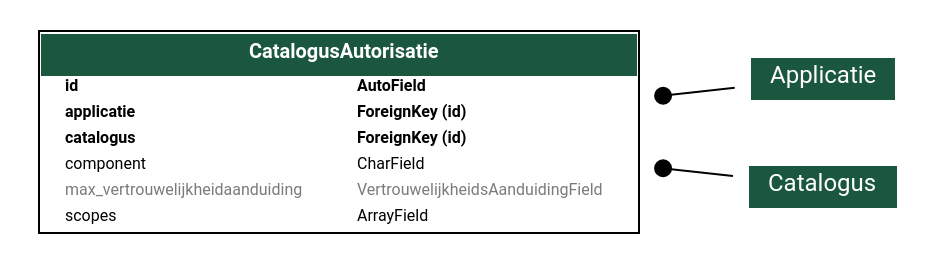
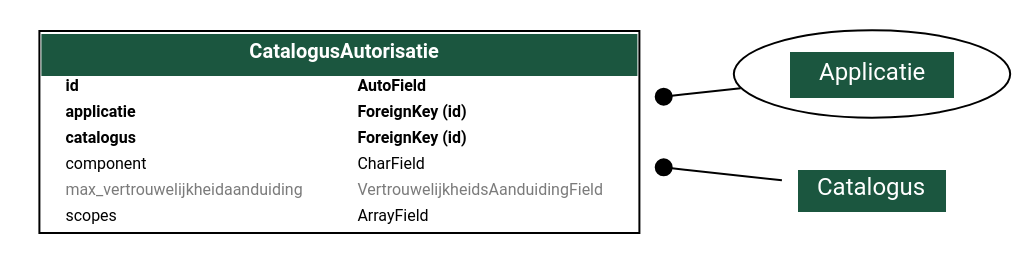
One commit to open-zaak/open-zaak changed the diagram in docs/_static/uml/autorisaties.dot. Above: the diagram before and after it, drawn with Graphviz. The commit also changed other lines of this file and 7 other files, not shown here.

Commit message:
:sparkles:  [maykinmedia/open-api-framework#159] sort dot files

```diff
--- a/docs/_static/uml/autorisaties.dot
+++ b/docs/_static/uml/autorisaties.dot
@@ -1,104 +1,104 @@
 digraph model_graph {
 
 
 
+
+
+  // Relations
+  vng_api_common_authorizations_models_Applicatie [label=<
+  <TABLE BGCOLOR="white" BORDER="0" CELLBORDER="0" CELLSPACING="0">
+  <TR><TD COLSPAN="2" CELLPADDING="4" ALIGN="CENTER" BGCOLOR="#1b563f">
+  <FONT FACE="Roboto" POINT-SIZE="12" COLOR="white">Applicatie</FONT>
+  </TD></TR>
+  </TABLE>
+  >]
   fontname = "Roboto"
   fontsize = 8
   splines  = true
   rankdir = "LR"
 
   node [
     fontname = "Roboto"
     fontsize = 8
     shape = "plaintext"
   ]
 
   edge [
     fontname = "Roboto"
     fontsize = 8
   ]
 
   // Labels
 
 
   openzaak_components_autorisaties_models_CatalogusAutorisatie [label=<
     <TABLE BGCOLOR="white" BORDER="1" CELLBORDER="0" CELLSPACING="0">
     <TR><TD COLSPAN="2" CELLPADDING="5" ALIGN="CENTER" BGCOLOR="#1b563f">
     <FONT FACE="Roboto" COLOR="white" POINT-SIZE="10"><B>
     CatalogusAutorisatie
     </B></FONT></TD></TR>
   
   
     <TR><TD ALIGN="LEFT" BORDER="0">
     <FONT FACE="Roboto"><B>id</B></FONT>
     </TD><TD ALIGN="LEFT">
     <FONT FACE="Roboto"><B>AutoField</B></FONT>
     </TD></TR>
   
   
   
     <TR><TD ALIGN="LEFT" BORDER="0">
     <FONT FACE="Roboto"><B>applicatie</B></FONT>
     </TD><TD ALIGN="LEFT">
     <FONT FACE="Roboto"><B>ForeignKey (id)</B></FONT>
     </TD></TR>
   
   
   
     <TR><TD ALIGN="LEFT" BORDER="0">
     <FONT FACE="Roboto"><B>catalogus</B></FONT>
     </TD><TD ALIGN="LEFT">
     <FONT FACE="Roboto"><B>ForeignKey (id)</B></FONT>
     </TD></TR>
   
   
   
     <TR><TD ALIGN="LEFT" BORDER="0">
     <FONT FACE="Roboto">component</FONT>
     </TD><TD ALIGN="LEFT">
     <FONT FACE="Roboto">CharField</FONT>
     </TD></TR>
   
   
   
     <TR><TD ALIGN="LEFT" BORDER="0">
     <FONT COLOR="#7B7B7B" FACE="Roboto">max_vertrouwelijkheidaanduiding</FONT>
     </TD><TD ALIGN="LEFT">
     <FONT COLOR="#7B7B7B" FACE="Roboto">VertrouwelijkheidsAanduidingField</FONT>
     </TD></TR>
   
   
   
     <TR><TD ALIGN="LEFT" BORDER="0">
     <FONT FACE="Roboto">scopes</FONT>
     </TD><TD ALIGN="LEFT">
     <FONT FACE="Roboto">ArrayField</FONT>
     </TD></TR>
   
   
     </TABLE>
     >]
+  openzaak_components_autorisaties_models_CatalogusAutorisatie -> openzaak_components_catalogi_models_catalogus_Catalogus
+  [label=" "] [arrowhead=none, arrowtail=dot, dir=both];
 
 
-
-
-  // Relations
-  vng_api_common_authorizations_models_Applicatie [label=<
-  <TABLE BGCOLOR="white" BORDER="0" CELLBORDER="0" CELLSPACING="0">
-  <TR><TD COLSPAN="2" CELLPADDING="4" ALIGN="CENTER" BGCOLOR="#1b563f">
-  <FONT FACE="Roboto" POINT-SIZE="12" COLOR="white">Applicatie</FONT>
-  </TD></TR>
-  </TABLE>
-  >]
   openzaak_components_autorisaties_models_CatalogusAutorisatie -> vng_api_common_authorizations_models_Applicatie
   [label=" "] [arrowhead=none, arrowtail=dot, dir=both];
   openzaak_components_catalogi_models_catalogus_Catalogus [label=<
   <TABLE BGCOLOR="white" BORDER="0" CELLBORDER="0" CELLSPACING="0">
   <TR><TD COLSPAN="2" CELLPADDING="4" ALIGN="CENTER" BGCOLOR="#1b563f">
   <FONT FACE="Roboto" POINT-SIZE="12" COLOR="white">Catalogus</FONT>
   </TD></TR>
   </TABLE>
   >]
-  openzaak_components_autorisaties_models_CatalogusAutorisatie -> openzaak_components_catalogi_models_catalogus_Catalogus
-  [label=" "] [arrowhead=none, arrowtail=dot, dir=both];
 }
```
